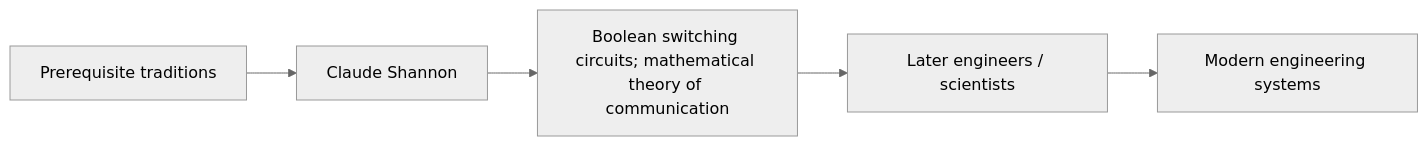
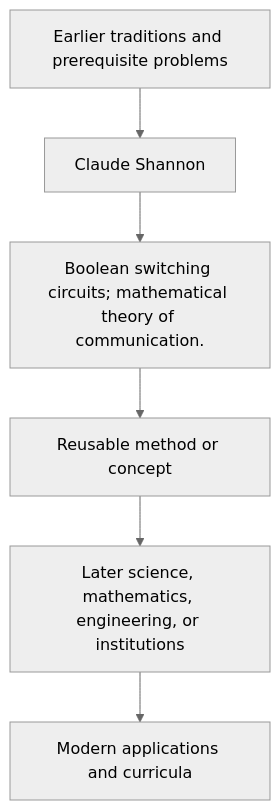
The diagram in docs/history/claude-shannon/influence.md (via-decide/ViaLogic), drawn with Mermaid (neutral theme) before and after one commit. The commit also changed other lines of this file and 858 other files, not shown here.

````diff
--- a/docs/history/claude-shannon/influence.md
+++ b/docs/history/claude-shannon/influence.md
@@ -29,7 +16,8 @@
 ```mermaid
-graph LR
-  prerequisites["Prerequisite traditions"] --> current["Claude Shannon"]
-  current --> contribution["Boolean switching circuits; mathematical theory of communication"]
-  contribution --> successors["Later engineers / scientists"]
-  successors --> modern["Modern engineering systems"]
+graph TD
+  Prior[Earlier traditions and prerequisite problems] --> Person[Claude Shannon]
+  Person --> Contribution[Boolean switching circuits; mathematical theory of communication.]
+  Contribution --> Method[Reusable method or concept]
+  Method --> Later[Later science, mathematics, engineering, or institutions]
+  Later --> Modern[Modern applications and curricula]
 ```
````
